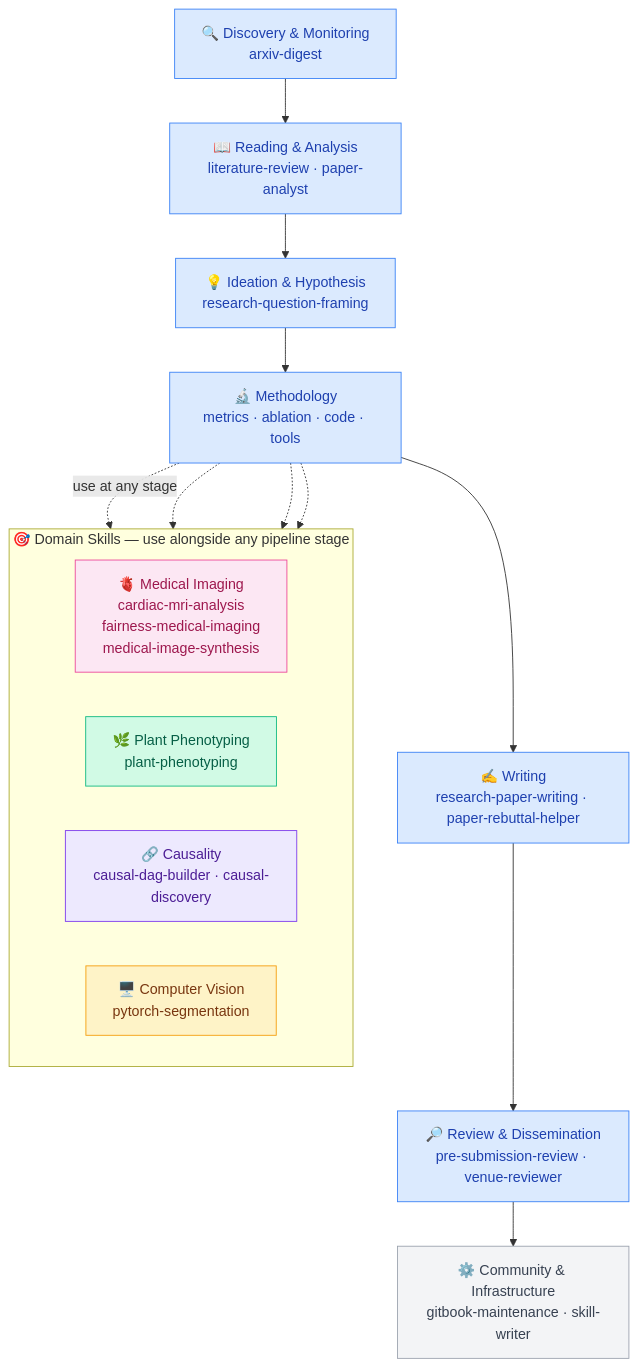
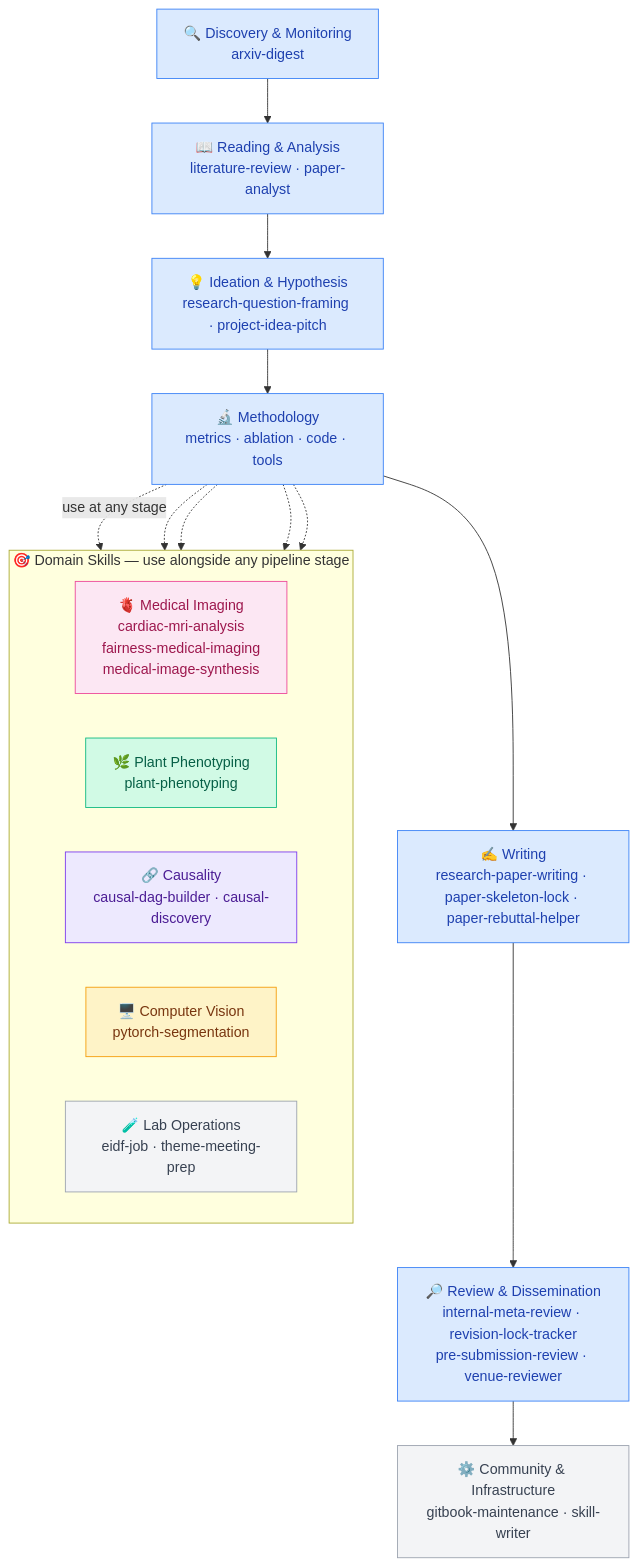
The diagram in README.md (vios-s/Vios-Research-Skills), drawn with Mermaid before and after one commit. The commit also changed other lines of this file and 44 other files, not shown here.

````diff
--- a/README.md
+++ b/README.md
@@ -7,32 +7,34 @@
 ```mermaid
 flowchart TD
     classDef pipe fill:#dbeafe,stroke:#3b82f6,color:#1e40af
     classDef med  fill:#fce7f3,stroke:#ec4899,color:#9d174d
     classDef plant fill:#d1fae5,stroke:#10b981,color:#065f46
     classDef causal fill:#ede9fe,stroke:#7c3aed,color:#4c1d95
     classDef cv   fill:#fef3c7,stroke:#f59e0b,color:#78350f
     classDef infra fill:#f3f4f6,stroke:#9ca3af,color:#374151
 
     A["🔍 Discovery & Monitoring\narxiv-digest"]:::pipe
     B["📖 Reading & Analysis\nliterature-review · paper-analyst"]:::pipe
-    C["💡 Ideation & Hypothesis\nresearch-question-framing"]:::pipe
+    C["💡 Ideation & Hypothesis\nresearch-question-framing · project-idea-pitch"]:::pipe
     D["🔬 Methodology\nmetrics · ablation · code · tools"]:::pipe
-    E["✍️ Writing\nresearch-paper-writing · paper-rebuttal-helper"]:::pipe
-    F["🔎 Review & Dissemination\npre-submission-review · venue-reviewer"]:::pipe
+    E["✍️ Writing\nresearch-paper-writing · paper-skeleton-lock · paper-rebuttal-helper"]:::pipe
+    F["🔎 Review & Dissemination\ninternal-meta-review · revision-lock-tracker\npre-submission-review · venue-reviewer"]:::pipe
     G["⚙️ Community & Infrastructure\ngitbook-maintenance · skill-writer"]:::infra
 
     A --> B --> C --> D --> E --> F --> G
 
     subgraph domains["🎯 Domain Skills — use alongside any pipeline stage"]
         direction LR
         MI["🫀 Medical Imaging\ncardiac-mri-analysis\nfairness-medical-imaging\nmedical-image-synthesis"]:::med
         PP["🌿 Plant Phenotyping\nplant-phenotyping"]:::plant
         CA["🔗 Causality\ncausal-dag-builder · causal-discovery"]:::causal
         CV["🖥️ Computer Vision\npytorch-segmentation"]:::cv
+        LO["🧪 Lab Operations\neidf-job · theme-meeting-prep"]:::infra
     end
 
     D -.->|use at any stage| MI
     D -.-> PP
     D -.-> CA
     D -.-> CV
+    D -.-> LO
 ```
````
